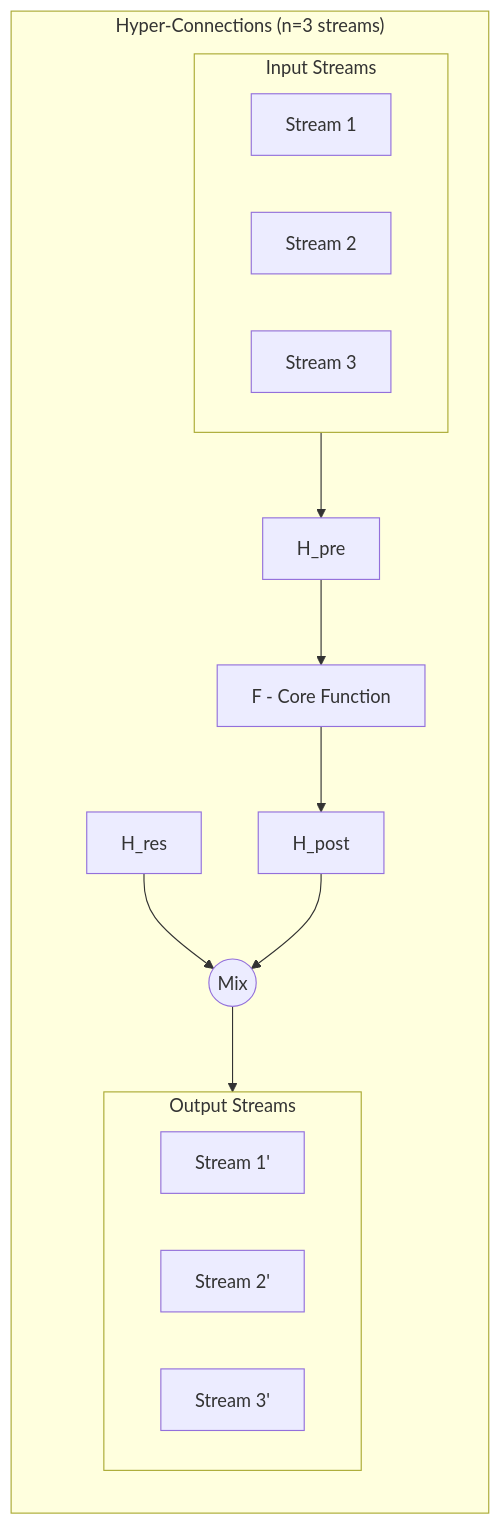
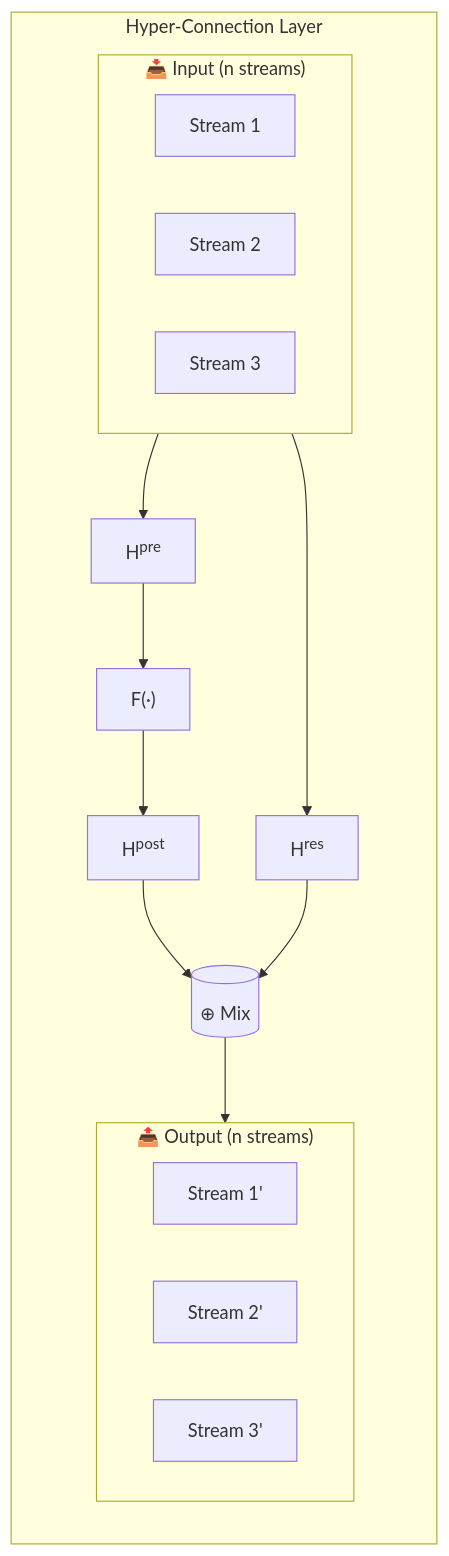
Before and after one commit to sandeeppandey456/sandeeppandey456.github.io: the third of 11 diagrams in _posts/2026-01-06-manifold-constrained-hyper-connections.md, drawn with Mermaid. The commit also changed other lines of this file, not shown here.

Commit message:
post about mhc improved

```diff
--- a/_posts/2026-01-06-manifold-constrained-hyper-connections.md
+++ b/_posts/2026-01-06-manifold-constrained-hyper-connections.md
@@ -100,29 +193,28 @@
 <div class="mermaid">
-flowchart TB
-    subgraph HC["Hyper-Connections (n=3 streams)"]
+graph TB
+    subgraph HC["Hyper-Connection Layer"]
         direction TB
-        subgraph Input["Input Streams"]
-            s1[Stream 1]
-            s2[Stream 2]
-            s3[Stream 3]
+        subgraph IN["📥 Input (n streams)"]
+            s1["Stream 1"]
+            s2["Stream 2"]
+            s3["Stream 3"]
         end
         
-        H1[H_pre]
-        F[F - Core Function]
-        H2[H_post]
-        H3[H_res]
+        H1["H<sup>pre</sup>"]
+        F["F(·)"]
+        H2["H<sup>post</sup>"]
+        HR["H<sup>res</sup>"]
+        MX[("⊕ Mix")]
         
-        Input --> H1
-        H1 --> F
-        F --> H2
-        H3 --> MIX((Mix))
-        H2 --> MIX
+        IN --> H1 --> F --> H2 --> MX
+        IN --> HR --> MX
         
-        subgraph Output["Output Streams"]
-            o1[Stream 1']
-            o2[Stream 2']
-            o3[Stream 3']
+        subgraph OUT["📤 Output (n streams)"]
+            o1["Stream 1'"]
+            o2["Stream 2'"]
+            o3["Stream 3'"]
         end
-        MIX --> Output
+        
+        MX --> OUT
     end
 </div>
```
